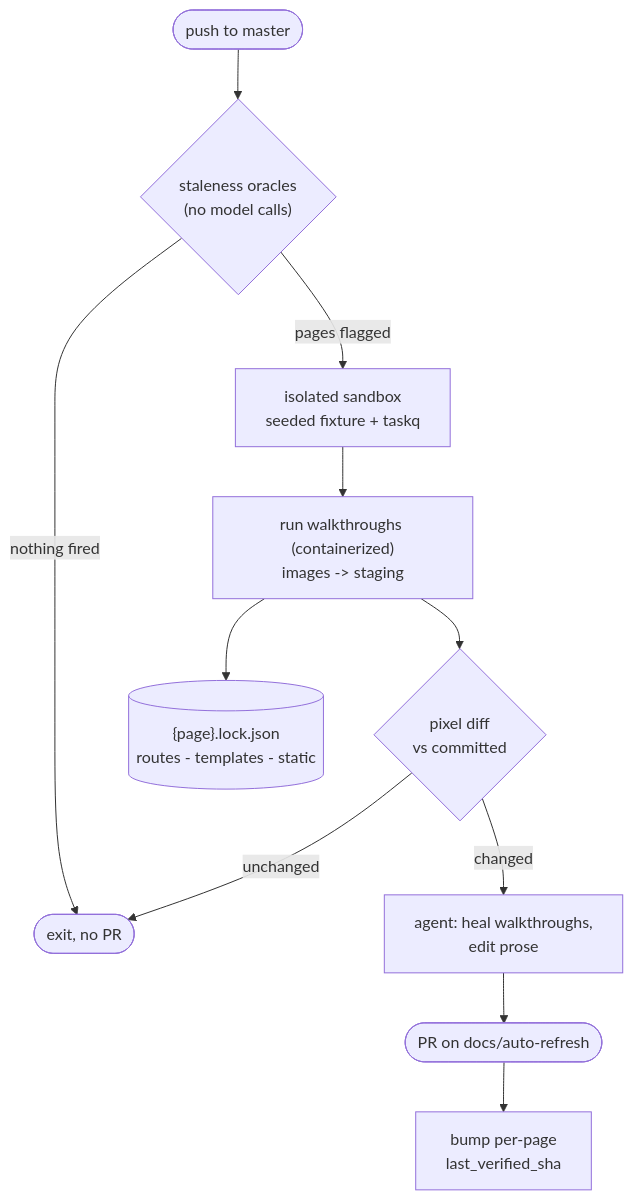
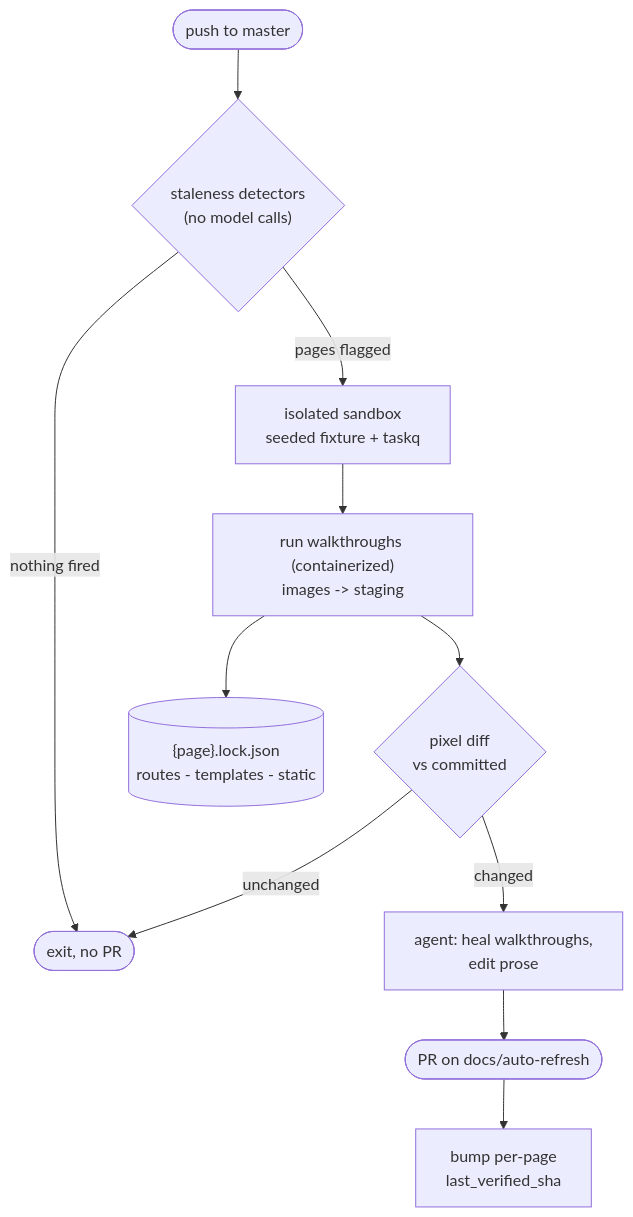
One commit to Jason-Turan0/yaffo changed the diagram in yaffo_ui_tests/docs/documentation_automation.md. Above: the diagram before and after it, drawn with Mermaid. The commit also changed other lines of this file and 22 other files, not shown here.

````diff
--- a/yaffo_ui_tests/docs/documentation_automation.md
+++ b/yaffo_ui_tests/docs/documentation_automation.md
@@ -72,13 +73,13 @@
 ```mermaid
 flowchart TD
-    push([push to master]) --> oracles{"staleness oracles<br/>(no model calls)"}
-    oracles -->|nothing fired| stop([exit, no PR])
-    oracles -->|pages flagged| sandbox["isolated sandbox<br/>seeded fixture + taskq"]
+    push([push to master]) --> detectors{"staleness detectors<br/>(no model calls)"}
+    detectors -->|nothing fired| stop([exit, no PR])
+    detectors -->|pages flagged| sandbox["isolated sandbox<br/>seeded fixture + taskq"]
     sandbox --> capture["run walkthroughs (containerized)<br/>images -> staging"]
     capture --> obs[("{page}.lock.json<br/>routes - templates - static")]
     capture --> pdiff{"pixel diff<br/>vs committed"}
     pdiff -->|unchanged| stop
     pdiff -->|changed| agent["agent: heal walkthroughs,<br/>edit prose"]
     agent --> pr([PR on docs/auto-refresh])
     pr --> watermark["bump per-page<br/>last_verified_sha"]
 ```
````
